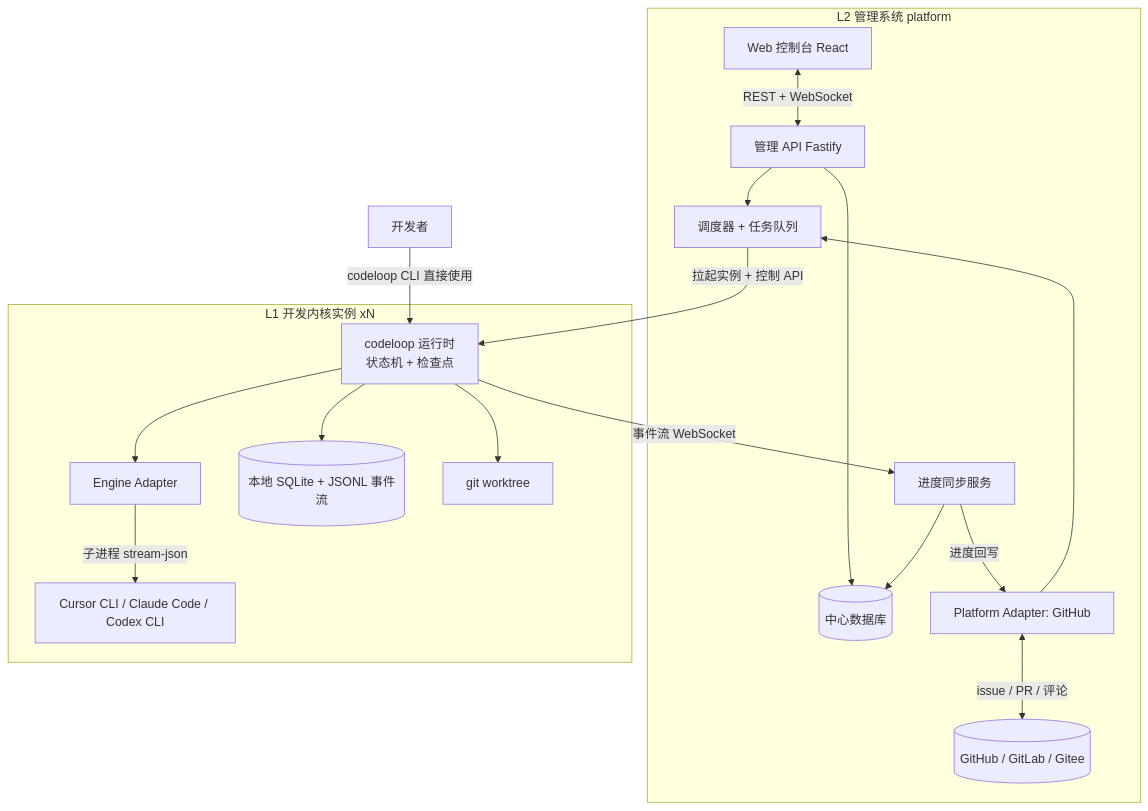
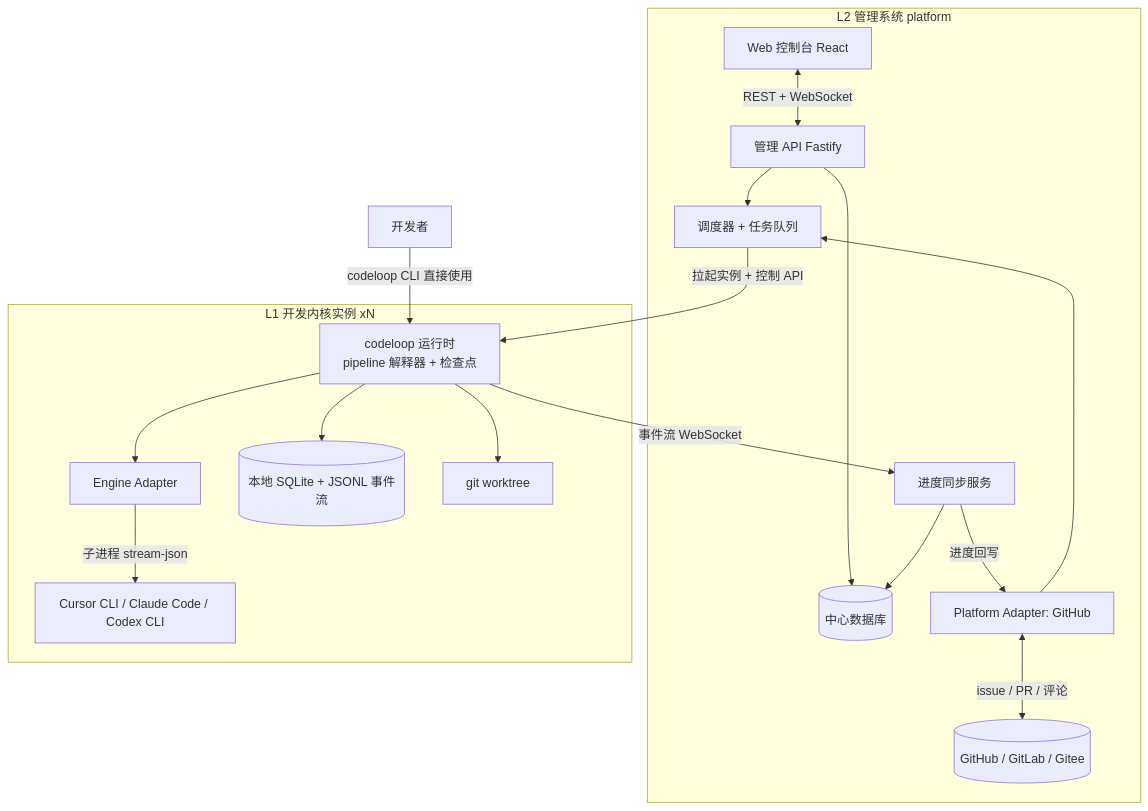
One commit to ddlqhd/dev-tools changed the first of 3 diagrams in docs/architecture.md. Above: the diagram before and after it, drawn with Mermaid. The commit also changed other lines of this file and 2 other files, not shown here.

First line of the commit message:
docs: 将内核流程模型从固定状态机改为可编排 pipeline

````diff
--- a/docs/architecture.md
+++ b/docs/architecture.md
@@ -60,33 +60,33 @@
 ```mermaid
 flowchart TB
     subgraph l2 [L2 管理系统 platform]
         WebUI[Web 控制台 React]
         API[管理 API Fastify]
         Scheduler[调度器 + 任务队列]
         SyncSvc[进度同步服务]
         DB[(中心数据库)]
         GHA[Platform Adapter: GitHub]
         WebUI <-->|REST + WebSocket| API
         API --> Scheduler
         API --> DB
         SyncSvc --> DB
         GHA <-->|issue / PR / 评论| GitHub[(GitHub / GitLab / Gitee)]
         GHA --> Scheduler
         SyncSvc -->|进度回写| GHA
     end
 
     subgraph l1 [L1 开发内核实例 xN]
-        Kernel[codeloop 运行时<br/>状态机 + 检查点]
+        Kernel[codeloop 运行时<br/>pipeline 解释器 + 检查点]
         Engine[Engine Adapter]
         Store[(本地 SQLite + JSONL 事件流)]
         WT[git worktree]
         Kernel --> Engine
         Kernel --> Store
         Kernel --> WT
         Engine -->|子进程 stream-json| AgentCLI[Cursor CLI / Claude Code / Codex CLI]
     end
 
     Human[开发者] -->|codeloop CLI 直接使用| Kernel
     Scheduler -->|拉起实例 + 控制 API| Kernel
     Kernel -->|事件流 WebSocket| SyncSvc
 ```
````
